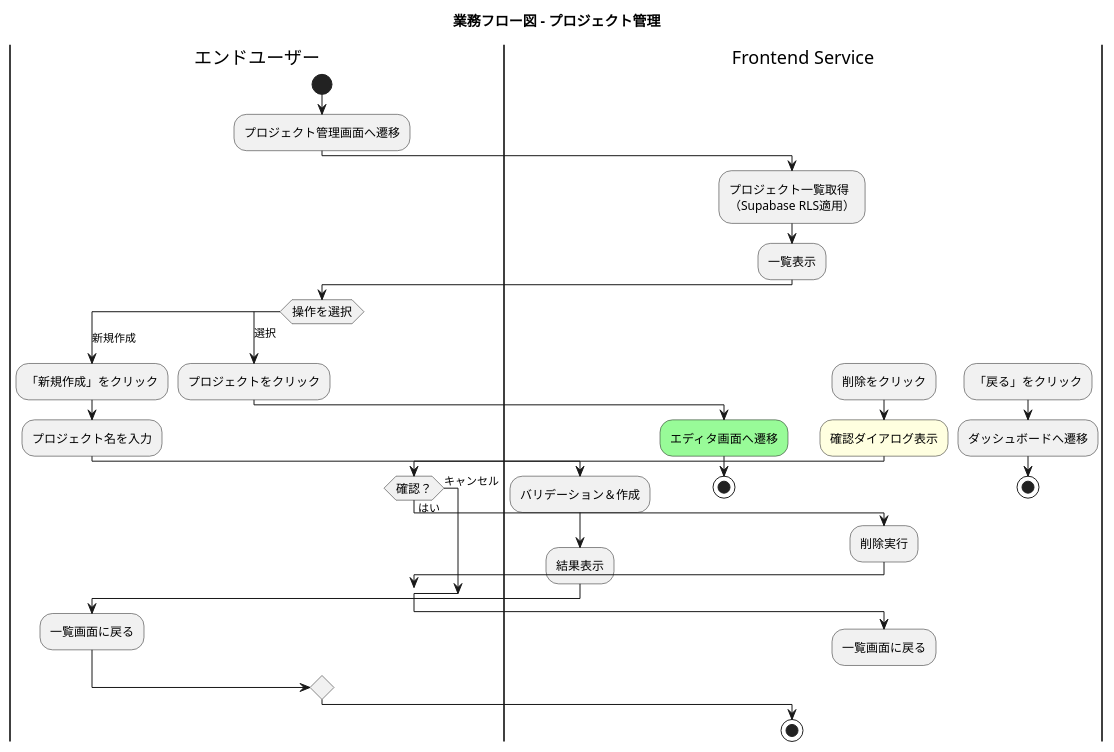
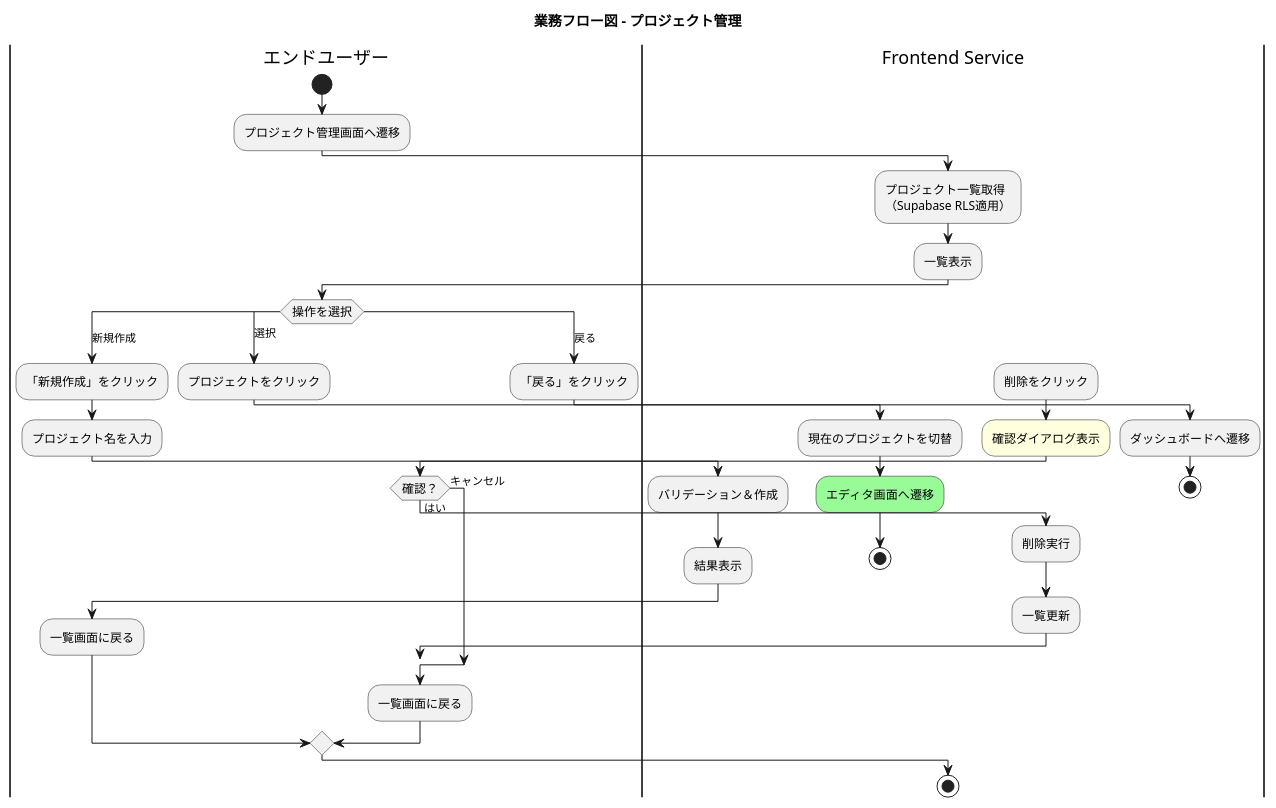
One commit to yoshiwo3/PlantUML2_Opus4.5 changed the fifth of 5 diagrams in docs/proposals/PlantUML_Studio_業務フロー図_20251201.md. Above: the diagram before and after it, drawn with PlantUML.

Commit message:
fix(3.5): 欠落ノード追加（説明テーブルとの整合性）
- 選択: 「現在のプロジェクトを切替」追加
- 削除: 「一覧更新」追加（削除実行後）

🤖 Generated with [Claude Code](https://claude.com/claude-code)

````diff
--- a/docs/proposals/PlantUML_Studio_業務フロー図_20251201.md
+++ b/docs/proposals/PlantUML_Studio_業務フロー図_20251201.md
@@ -590,57 +590,60 @@
 ```plantuml
 @startuml business_flow_project_management
 skinparam ConditionEndStyle hline
 skinparam ActivityFontSize 12
 
 title 業務フロー図 - プロジェクト管理
 
 |エンドユーザー|
 start
 :プロジェクト管理画面へ遷移;
 
 |Frontend Service|
 :プロジェクト一覧取得\n（Supabase RLS適用）;
 :一覧表示;
 
 |エンドユーザー|
 switch (操作を選択)
 
 case (新規作成)
   :「新規作成」をクリック;
   :プロジェクト名を入力;
   |Frontend Service|
   :バリデーション＆作成;
   :結果表示;
   |エンドユーザー|
   :一覧画面に戻る;
 
 case (選択)
   :プロジェクトをクリック;
   |Frontend Service|
+  :現在のプロジェクトを切替;
   #palegreen:エディタ画面へ遷移;
   stop
 
 case (削除)
   :削除をクリック;
   |Frontend Service|
   #lightyellow:確認ダイアログ表示;
   |エンドユーザー|
   if (確認？) then (はい)
     |Frontend Service|
     :削除実行;
+    :一覧更新;
   else (キャンセル)
   endif
+  |エンドユーザー|
   :一覧画面に戻る;
 
 case (戻る)
   :「戻る」をクリック;
   |Frontend Service|
   :ダッシュボードへ遷移;
   stop
 
 endswitch
 
 stop
 
 @enduml
 ```
````
